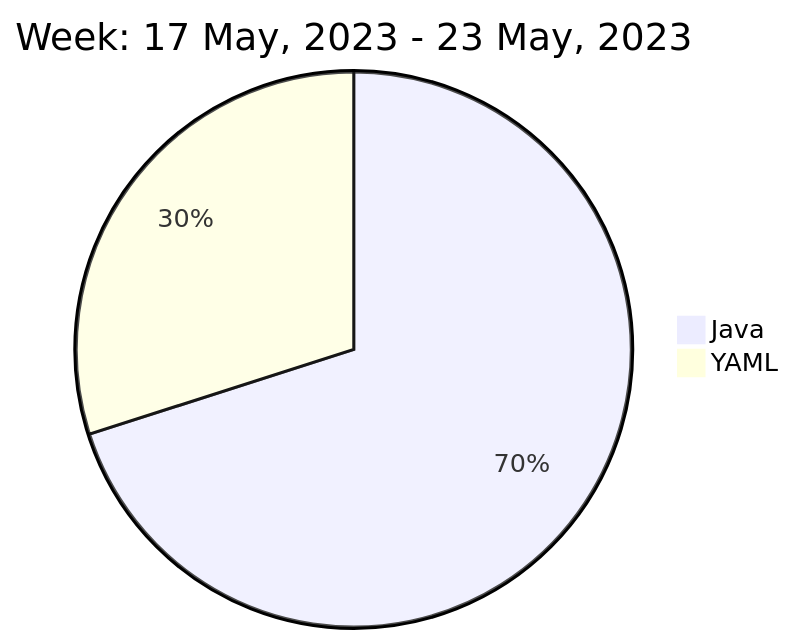
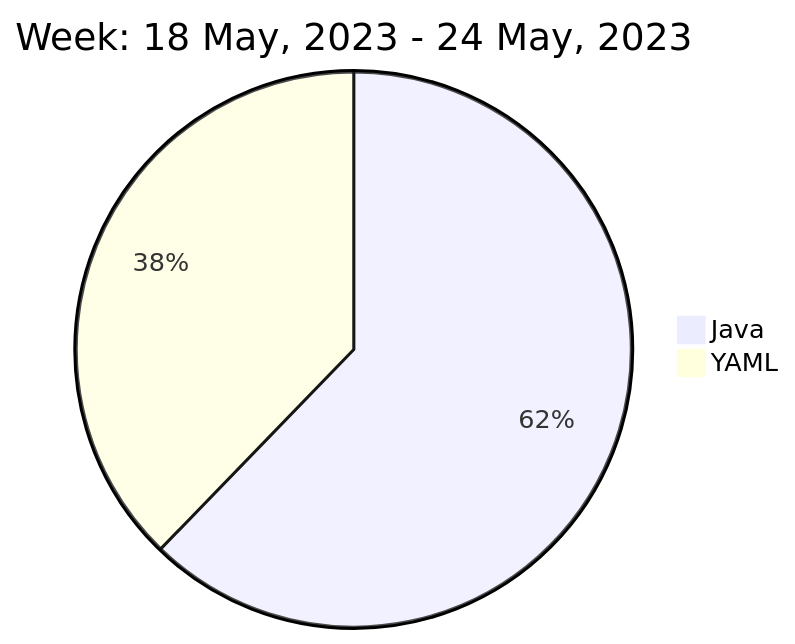
One commit to liubin95/liubin95 changed the diagram in README.md. Above: the diagram before and after it, drawn with Mermaid.

Commit message:
Updated the Graph with new Metrics

````diff
--- a/README.md
+++ b/README.md
@@ -40,6 +40,6 @@
 ```mermaid
  pie
-title Week: 17 May, 2023 - 23 May, 2023
- "Java" : 5.9
- "YAML" : 2.52
+title Week: 18 May, 2023 - 24 May, 2023
+ "Java" : 3.05
+ "YAML" : 1.85
 ```
````
